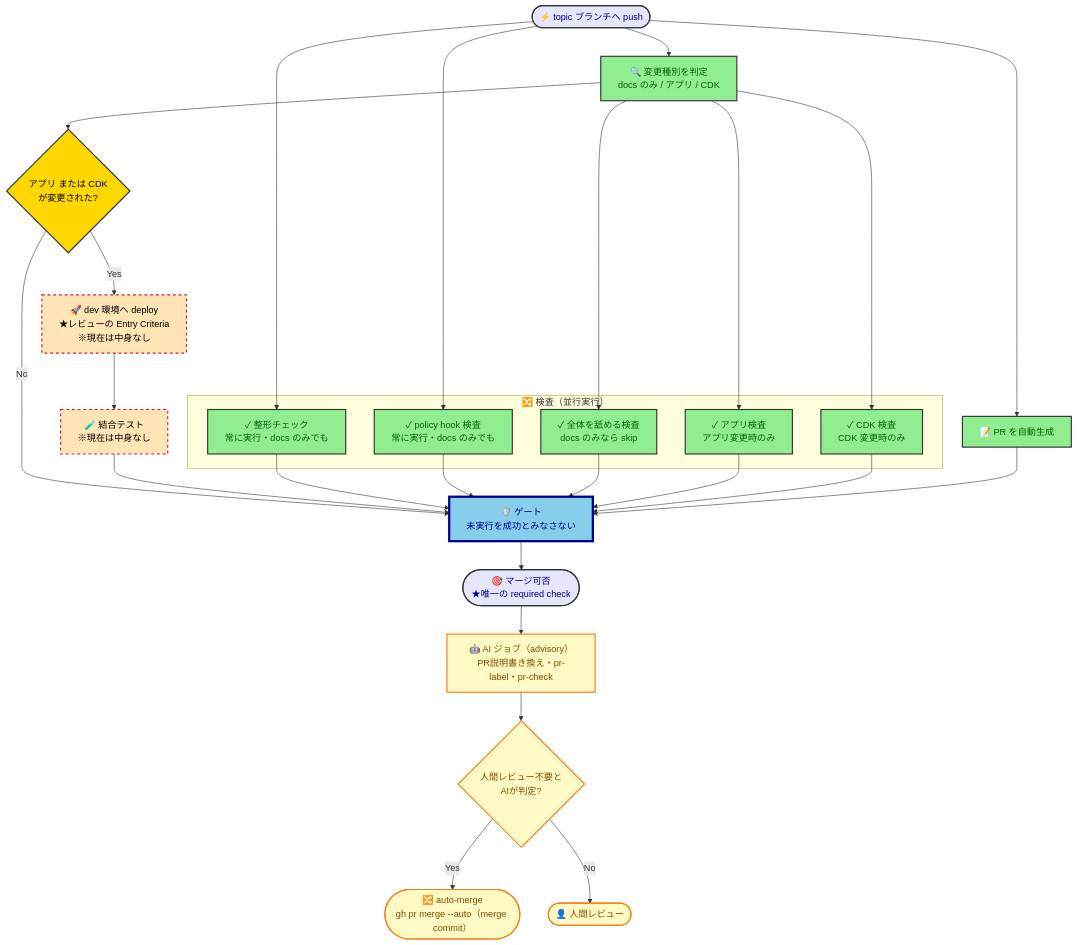
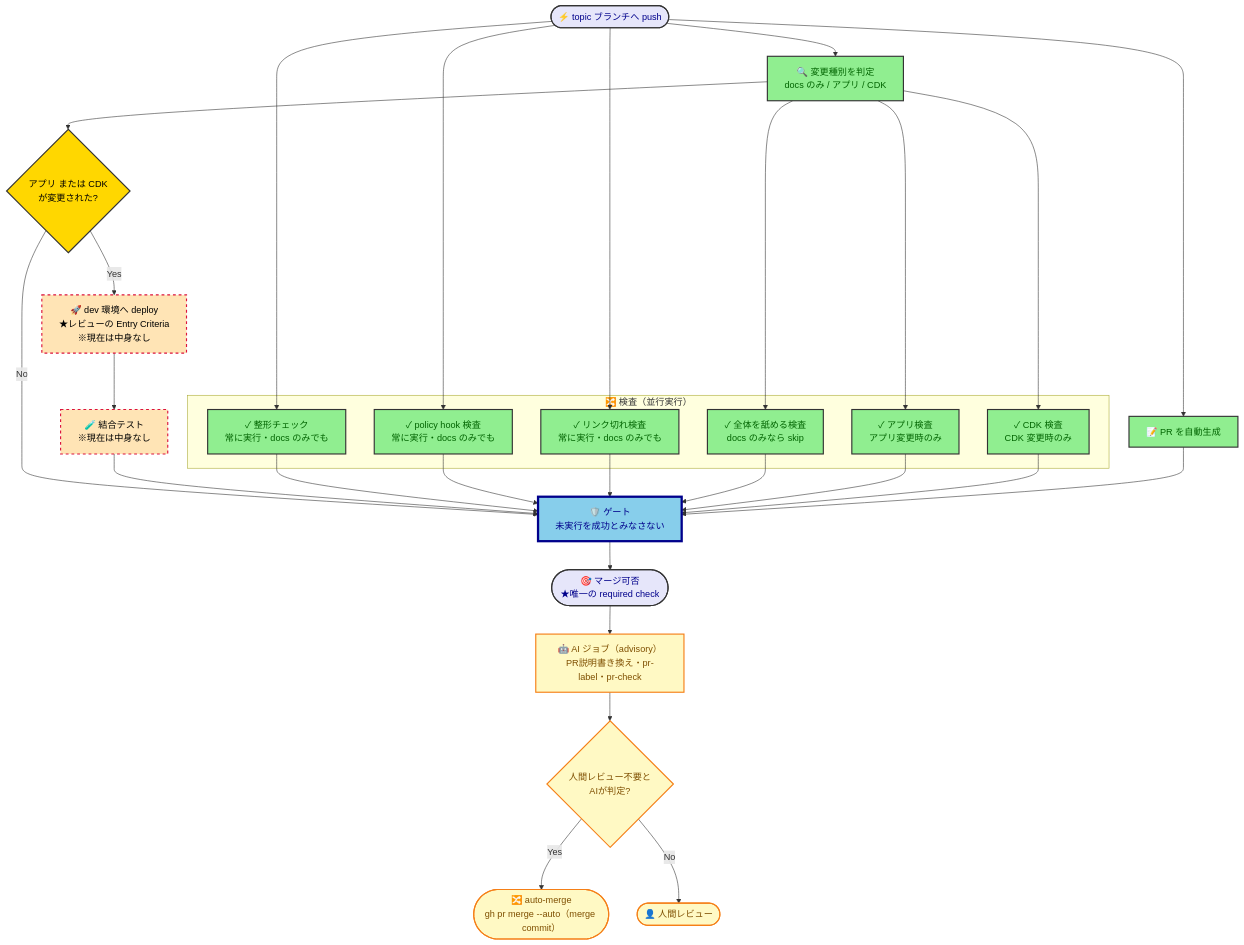
One commit to kasiopeiya/claude-dev-template changed the diagram in docs/design/cicd-design.md. Above: the diagram before and after it, drawn with Mermaid. The commit also changed other lines of this file and 4 other files, not shown here.

````diff
--- a/docs/design/cicd-design.md
+++ b/docs/design/cicd-design.md
@@ -22,57 +22,60 @@
 ```mermaid
 flowchart TD
     Push([⚡ topic ブランチへ push]) --> PR[📝 PR を自動生成]
     Push --> Detect[🔍 変更種別を判定<br/>docs のみ / アプリ / CDK]
     Push --> Format
     Push --> PolicyHook
+    Push --> LinkCheck
 
     subgraph Checks["🔀 検査（並行実行）"]
         Format[✓ 整形チェック<br/>常に実行・docs のみでも]
         PolicyHook[✓ policy hook 検査<br/>常に実行・docs のみでも]
+        LinkCheck[✓ リンク切れ検査<br/>常に実行・docs のみでも]
         Common[✓ 全体を舐める検査<br/>docs のみなら skip]
         App[✓ アプリ検査<br/>アプリ変更時のみ]
         Cdk[✓ CDK 検査<br/>CDK 変更時のみ]
     end
 
     Detect --> Common
     Detect --> App
     Detect --> Cdk
 
     Detect --> DeployCheck{アプリ または CDK<br/>が変更された?}
     Deploy["🚀 dev 環境へ deploy<br/>★レビューの Entry Criteria<br/>※現在は中身なし"]
     IT["🧪 結合テスト<br/>※現在は中身なし"]
     Gate["🛡️ ゲート<br/>未実行を成功とみなさない"]
 
     DeployCheck -->|No| Gate
     DeployCheck -->|Yes| Deploy
     Deploy --> IT
     IT --> Gate
 
     Format --> Gate
     PolicyHook --> Gate
+    LinkCheck --> Gate
     Common --> Gate
     App --> Gate
     Cdk --> Gate
     PR --> Gate
 
     Gate --> Merge([🎯 マージ可否<br/>★唯一の required check])
 
     Merge --> AiJob["🤖 AI ジョブ（advisory）<br/>PR説明書き換え・pr-label・pr-check"]
     AiJob --> AutoMergeCheck{人間レビュー不要と<br/>AIが判定?}
     AutoMergeCheck -->|Yes| AutoMerge(["🔀 auto-merge<br/>gh pr merge --auto（merge commit）"])
     AutoMergeCheck -->|No| HumanReview(["👤 人間レビュー"])
 
     classDef startEnd fill:#E6E6FA,stroke:#333,stroke-width:2px,color:darkblue
     classDef process fill:#90EE90,stroke:#333,stroke-width:2px,color:darkgreen
     classDef decision fill:#FFD700,stroke:#333,stroke-width:2px,color:black
     classDef gate fill:#87CEEB,stroke:#00008B,stroke-width:4px,color:darkblue
     classDef hollow fill:#FFE4B5,stroke:#DC143C,stroke-width:2px,stroke-dasharray: 5 5,color:black
     classDef advisory fill:#FFF9C4,stroke:#F57F17,stroke-width:2px,color:#7f4f00
 
     class Push,Merge startEnd
-    class PR,Detect,Format,PolicyHook,Common,App,Cdk process
+    class PR,Detect,Format,PolicyHook,LinkCheck,Common,App,Cdk process
     class DeployCheck decision
     class Deploy,IT hollow
     class Gate gate
     class AiJob,AutoMergeCheck,AutoMerge,HumanReview advisory
 ```
````
